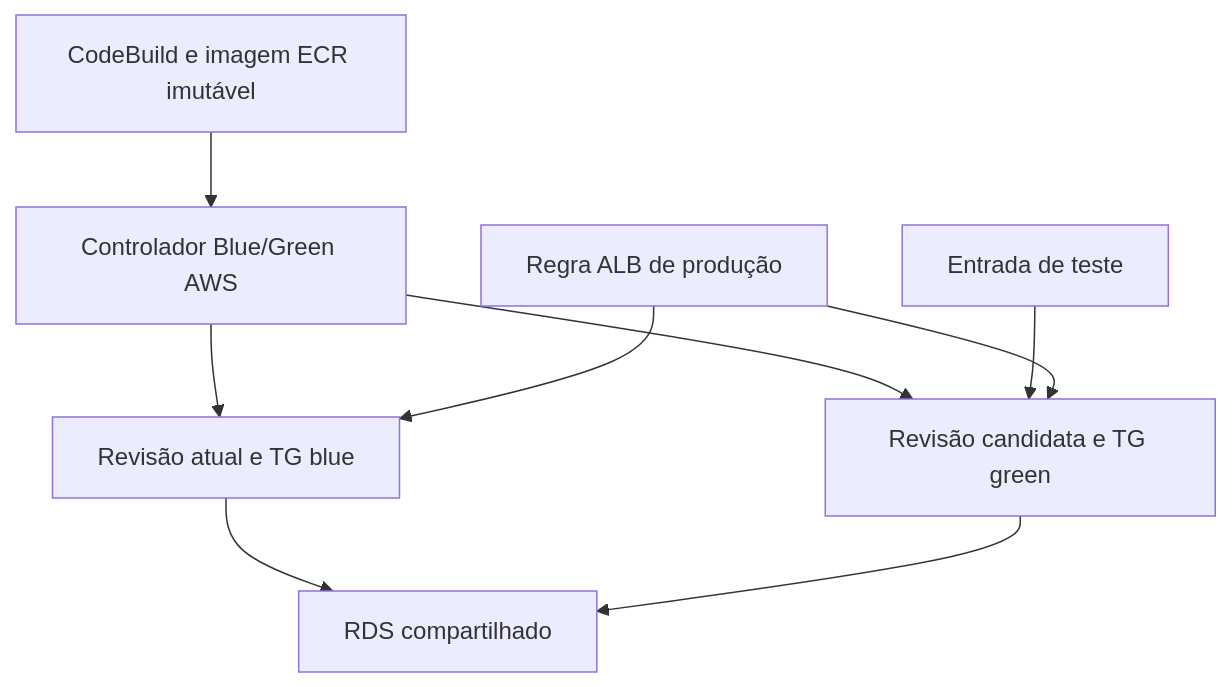
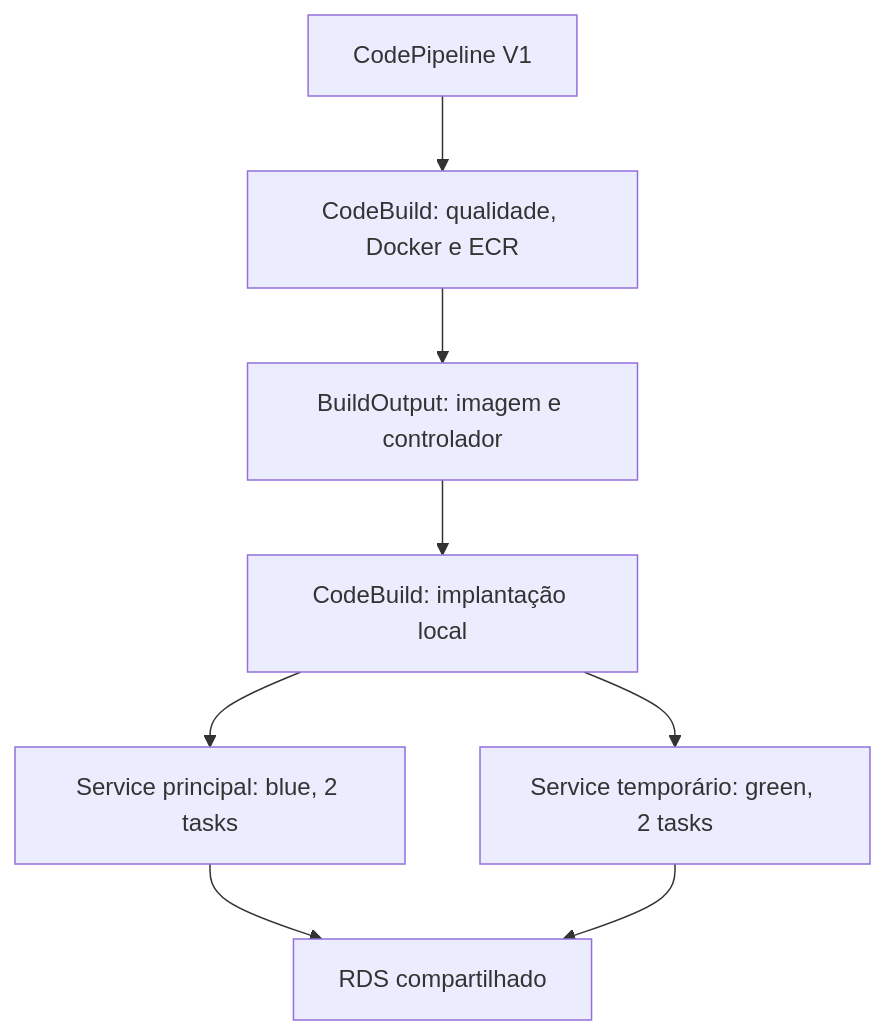
One commit to fernetone/cloudtasks-aws-portfolio changed the diagram in docs/BLUE-GREEN.md. Above: the diagram before and after it, drawn with Mermaid. The commit also changed other lines of this file and 28 other files, not shown here.

First line of the commit message:
Implementar adaptador Blue/Green local na CodePipeline

````diff
--- a/docs/BLUE-GREEN.md
+++ b/docs/BLUE-GREEN.md
@@ -21,11 +11,10 @@
 ```mermaid
 flowchart TD
-  build["CodeBuild e imagem ECR imutável"] --> controller["Controlador Blue/Green AWS"]
-  controller --> blue["Revisão atual e TG blue"]
-  controller --> green["Revisão candidata e TG green"]
-  test["Entrada de teste"] --> green
-  production["Regra ALB de produção"] --> blue
-  production --> green
+  pipeline["CodePipeline V1"] --> build["CodeBuild: qualidade, Docker e ECR"]
+  build --> artifact["BuildOutput: imagem e controlador"]
+  artifact --> deploy["CodeBuild: implantação local"]
+  deploy --> blue["Service principal: blue, 2 tasks"]
+  deploy --> green["Service temporário: green, 2 tasks"]
   blue --> database["RDS compartilhado"]
   green --> database
 ```
````
